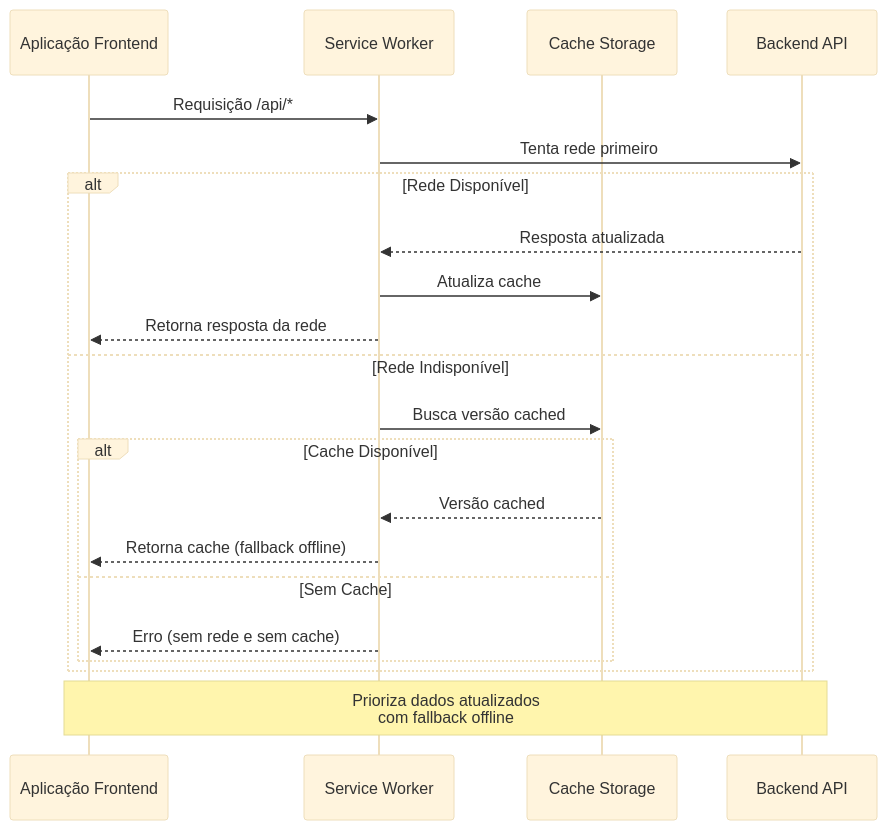
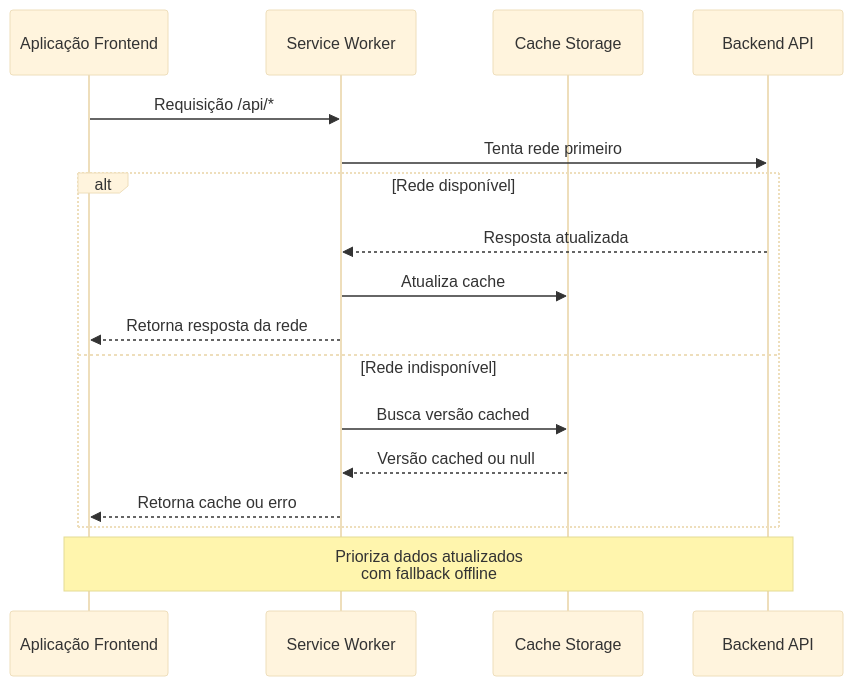
The third of 3 diagrams in docs/PROJECT_ARCHITECTURE.MD (jgamaraalv/movies), drawn with Mermaid (base theme) before and after one commit. The commit also changed other lines of this file, not shown here.

````diff
--- a/docs/PROJECT_ARCHITECTURE.MD
+++ b/docs/PROJECT_ARCHITECTURE.MD
@@ -372,27 +369,22 @@
 ```mermaid
 sequenceDiagram
     participant App as Aplicação Frontend
     participant SW as Service Worker
     participant Cache as Cache Storage
     participant API as Backend API
 
     App->>SW: Requisição /api/*
-
     SW->>API: Tenta rede primeiro
 
-    alt Rede Disponível
+    alt Rede disponível
         API-->>SW: Resposta atualizada
         SW->>Cache: Atualiza cache
         SW-->>App: Retorna resposta da rede
-    else Rede Indisponível
+    else Rede indisponível
         SW->>Cache: Busca versão cached
-        alt Cache Disponível
-            Cache-->>SW: Versão cached
-            SW-->>App: Retorna cache (fallback offline)
-        else Sem Cache
-            SW-->>App: Erro (sem rede e sem cache)
-        end
+        Cache-->>SW: Versão cached ou null
+        SW-->>App: Retorna cache ou erro
     end
 
     Note over App,API: Prioriza dados atualizados<br/>com fallback offline
 ```
````
